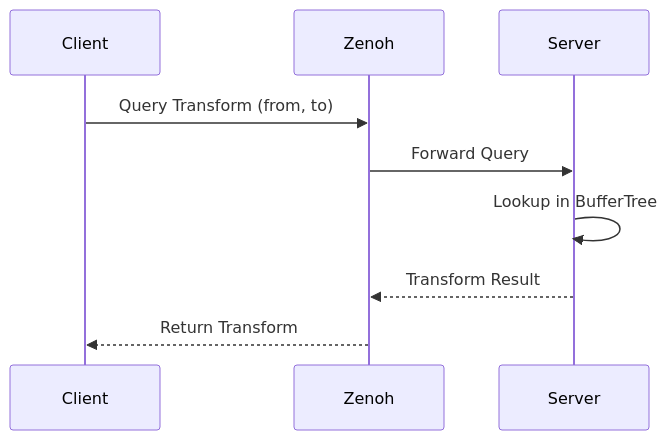
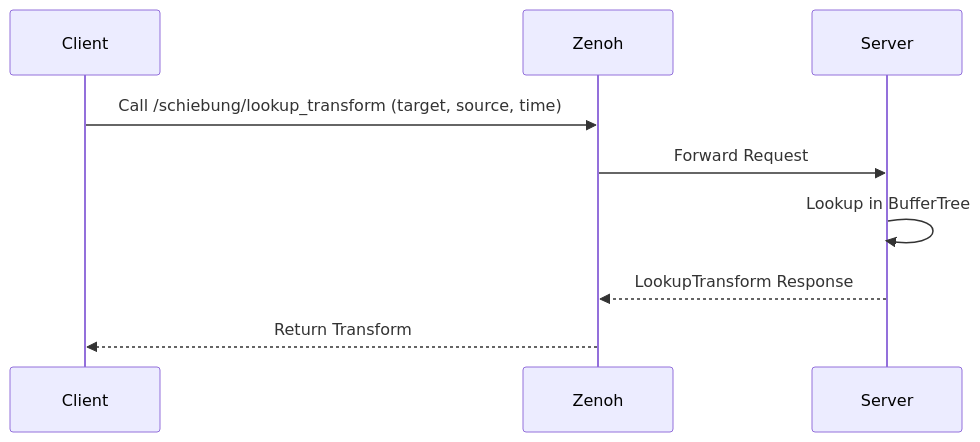
Before and after one commit to MaxiMaerz/schiebung: the third of 3 diagrams in comms/docs/index.md, drawn with Mermaid. The commit also changed other lines of this file and 54 other files, not shown here.

````diff
--- a/comms/docs/index.md
+++ b/comms/docs/index.md
@@ -38,12 +46,12 @@
 ```mermaid
 sequenceDiagram
     participant Client
     participant Zenoh
     participant Server
 
-    Client->>Zenoh: Query Transform (from, to)
-    Zenoh->>Server: Forward Query
+    Client->>Zenoh: Call /schiebung/lookup_transform (target, source, time)
+    Zenoh->>Server: Forward Request
     Server->>Server: Lookup in BufferTree
-    Server-->>Zenoh: Transform Result
+    Server-->>Zenoh: LookupTransform Response
     Zenoh-->>Client: Return Transform
 ```
````
